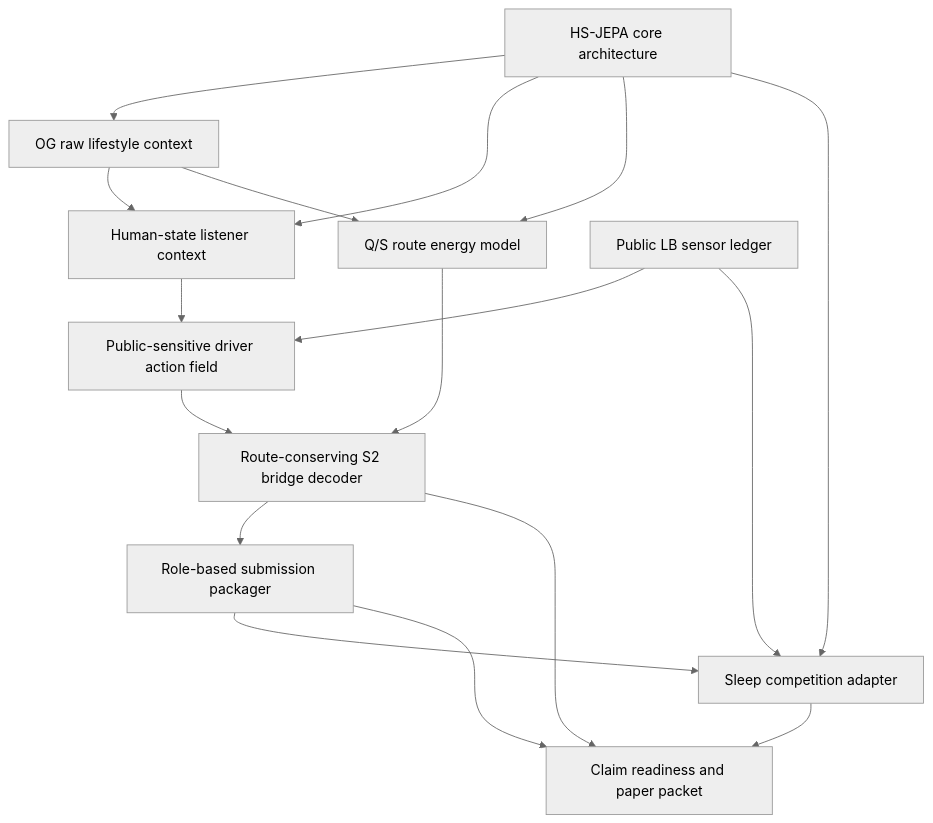
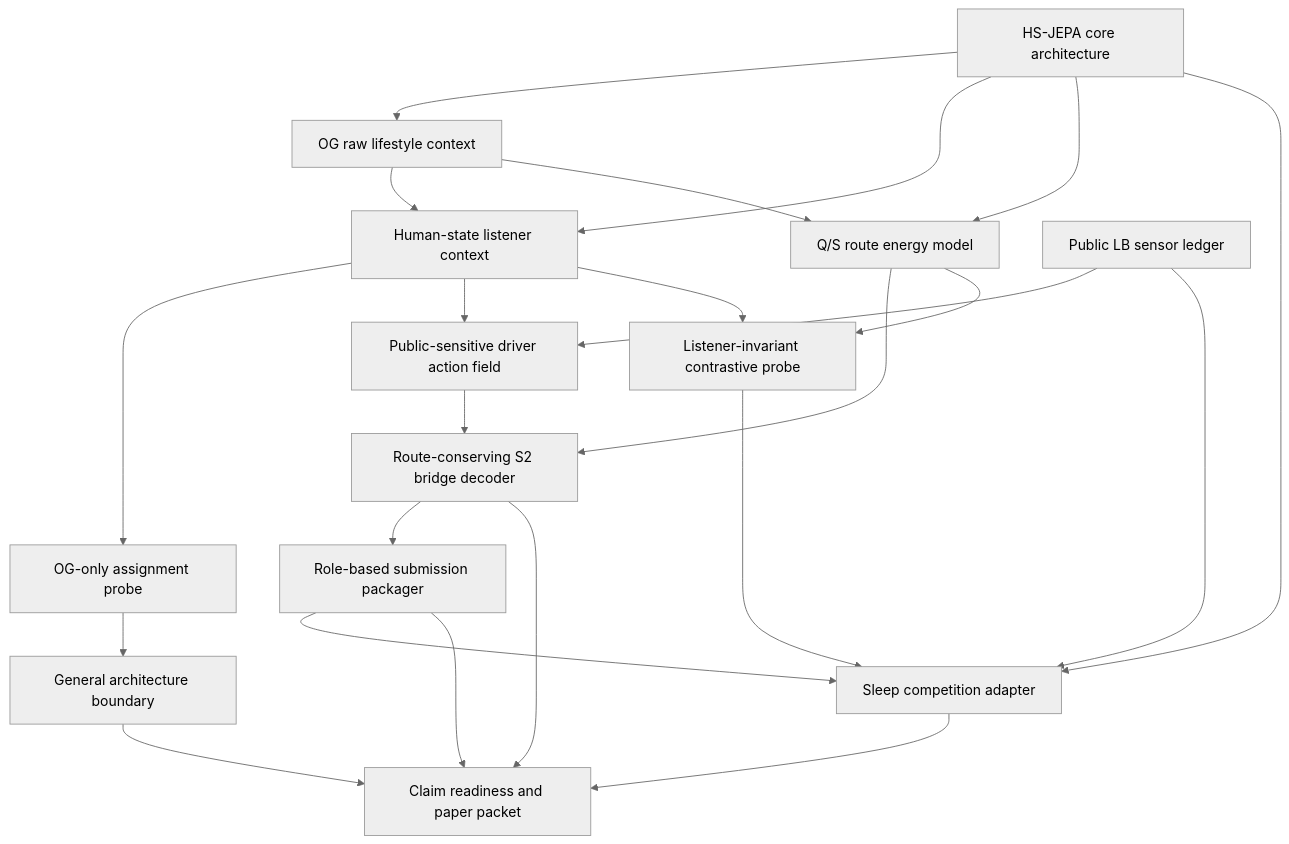
One commit to kbsooo/etri changed the diagram in team_hsjepa_end_to_end/outputs/route_conserving_s2_bridge/hsjepa_pipeline_manifest_ko.md. Above: the diagram before and after it, drawn with Mermaid (neutral theme). The commit also changed other lines of this file and 33 other files, not shown here.

````diff
--- a/team_hsjepa_end_to_end/outputs/route_conserving_s2_bridge/hsjepa_pipeline_manifest_ko.md
+++ b/team_hsjepa_end_to_end/outputs/route_conserving_s2_bridge/hsjepa_pipeline_manifest_ko.md
@@ -13,19 +13,25 @@
 ```mermaid
 flowchart TD
     CORE["HS-JEPA core architecture"] --> A["OG raw lifestyle context"]
     CORE --> C["Human-state listener context"]
     CORE --> D["Q/S route energy model"]
     A["OG raw lifestyle context"] --> C["Human-state listener context"]
     A --> D["Q/S route energy model"]
+    C --> P1["OG-only assignment probe"]
+    P1 --> GEN["General architecture boundary"]
     B["Public LB sensor ledger"] --> E["Public-sensitive driver action field"]
     C --> E
     D --> F["Route-conserving S2 bridge decoder"]
+    C --> P2["Listener-invariant contrastive probe"]
+    D --> P2
     E --> F
     F --> G["Role-based submission packager"]
     G --> ADAPT["Sleep competition adapter"]
     CORE --> ADAPT
     B --> ADAPT
+    P2 --> ADAPT
+    GEN --> H["Claim readiness and paper packet"]
     ADAPT --> H["Claim readiness and paper packet"]
     G --> H["Claim readiness and paper packet"]
     F --> H
 ```
````
